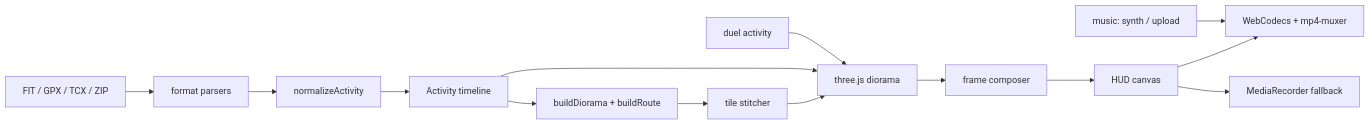
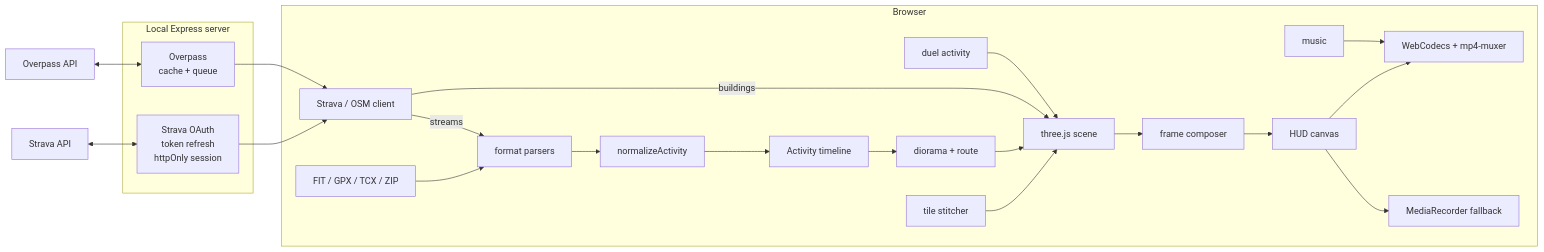
Before and after one commit to dhyoprd/JejakLari: the diagram in README.md, drawn with Mermaid. The commit also changed other lines of this file and 36 other files, not shown here.

First line of the commit message:
feat: add Strava import and Overpass 3D buildings

````diff
--- a/README.md
+++ b/README.md
@@ -71,16 +80,28 @@
 ```mermaid
 flowchart LR
-  A[FIT / GPX / TCX / ZIP] --> B[format parsers]
-  B --> C[normalizeActivity]
-  C --> D[Activity timeline]
-  D --> E[buildDiorama + buildRoute]
-  E --> F[tile stitcher]
-  F --> G[three.js diorama]
-  D --> G
-  G --> H[frame composer]
-  H --> I[HUD canvas]
-  I --> J[WebCodecs + mp4-muxer]
-  I --> K[MediaRecorder fallback]
-  L[music: synth / upload] --> J
-  M[duel activity] --> G
+  subgraph Browser
+    A[FIT / GPX / TCX / ZIP] --> B[format parsers]
+    API[Strava / OSM client]
+    API -->|streams| B
+    B --> C[normalizeActivity]
+    C --> D[Activity timeline]
+    D --> E[diorama + route]
+    F[tile stitcher] --> G[three.js scene]
+    E --> G
+    API -->|buildings| G
+    G --> H[frame composer]
+    H --> I[HUD canvas]
+    I --> J[WebCodecs + mp4-muxer]
+    I --> K[MediaRecorder fallback]
+    L[music] --> J
+    M[duel activity] --> G
+  end
+  subgraph LocalServer[Local Express server]
+    S[Strava OAuth<br/>token refresh<br/>httpOnly session]
+    P[Overpass<br/>cache + queue]
+  end
+  ST[Strava API] <--> S
+  OV[Overpass API] <--> P
+  S --> API
+  P --> API
 ```
````
